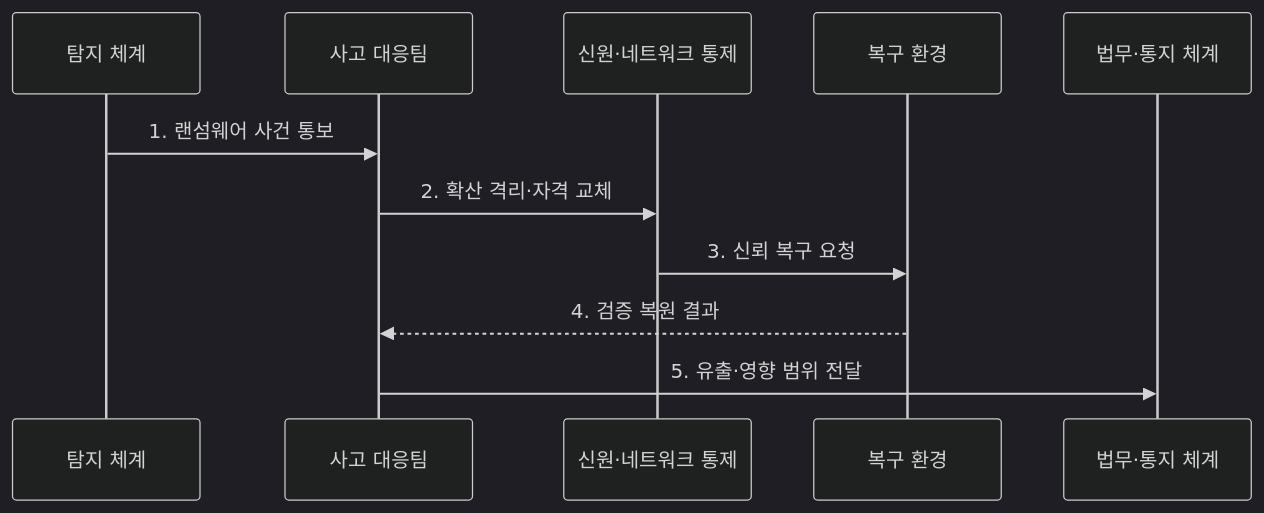
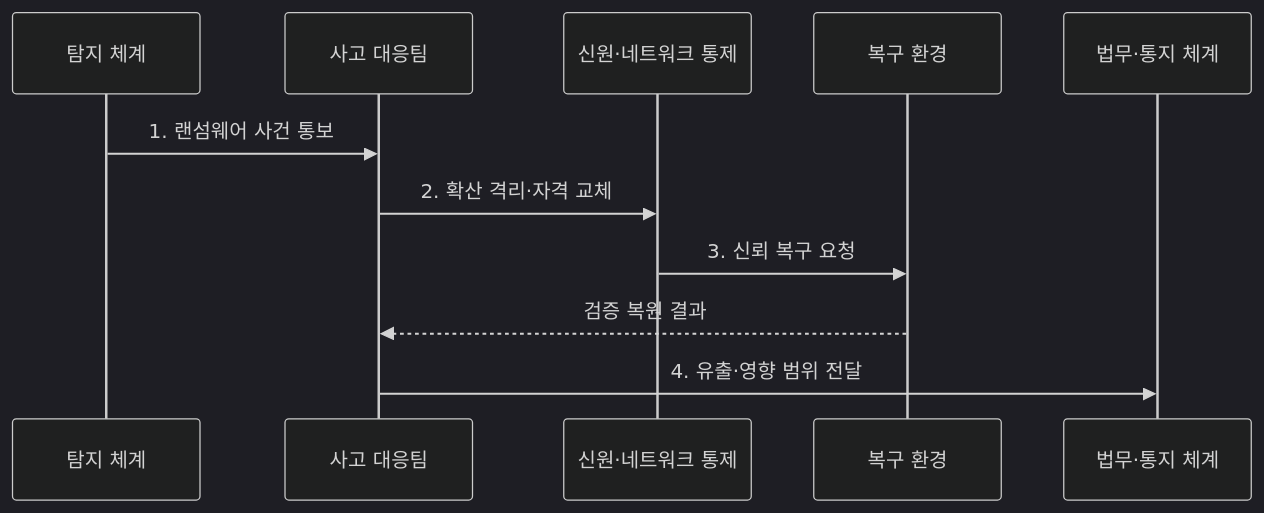
The second of 2 diagrams in src/content/docs/notes/05-security/026_ransomware.md (agnusdei1207/knowledge-base), drawn with Mermaid (dark theme) before and after one commit. The commit also changed other lines of this file and 20 other files, not shown here.

````diff
--- a/src/content/docs/notes/05-security/026_ransomware.md
+++ b/src/content/docs/notes/05-security/026_ransomware.md
@@ -90,13 +90,13 @@
 ```mermaid
 sequenceDiagram
     participant D as 탐지 체계
     participant I as 사고 대응팀
     participant N as 신원·네트워크 통제
     participant R as 복구 환경
     participant L as 법무·통지 체계
     D->>I: 1. 랜섬웨어 사건 통보
     I->>N: 2. 확산 격리·자격 교체
     N->>R: 3. 신뢰 복구 요청
-    R-->>I: 4. 검증 복원 결과
-    I->>L: 5. 유출·영향 범위 전달
+    R-->>I: 검증 복원 결과
+    I->>L: 4. 유출·영향 범위 전달
 ```
````
